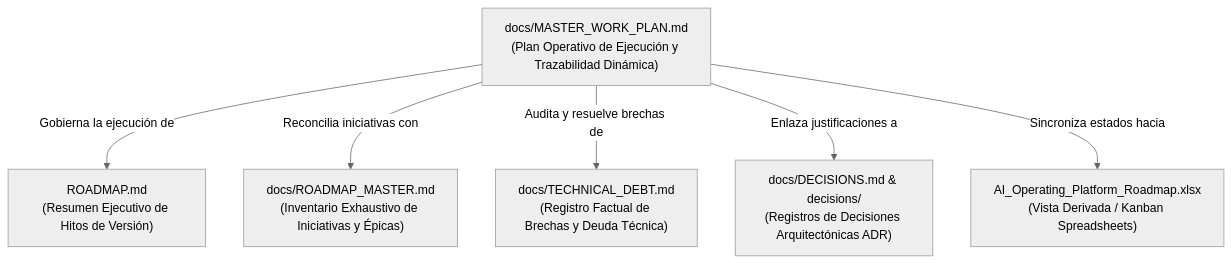
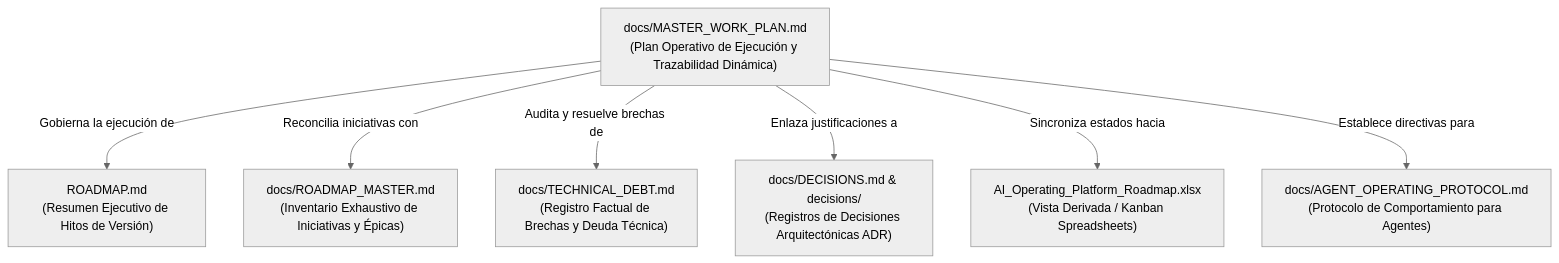
One commit to johangonzahenri/ai-operating-platform changed the first of 4 diagrams in docs/MASTER_WORK_PLAN.md. Above: the diagram before and after it, drawn with Mermaid (neutral theme). The commit also changed other lines of this file and 25 other files, not shown here.

````diff
--- a/docs/MASTER_WORK_PLAN.md
+++ b/docs/MASTER_WORK_PLAN.md
@@ -29,15 +29,17 @@
 ```mermaid
 flowchart TD
     MWP["docs/MASTER_WORK_PLAN.md\n(Plan Operativo de Ejecución y Trazabilidad Dinámica)"]
     RDM["ROADMAP.md\n(Resumen Ejecutivo de Hitos de Versión)"]
     RMM["docs/ROADMAP_MASTER.md\n(Inventario Exhaustivo de Iniciativas y Épicas)"]
     TDB["docs/TECHNICAL_DEBT.md\n(Registro Factual de Brechas y Deuda Técnica)"]
     DEC["docs/DECISIONS.md & decisions/\n(Registros de Decisiones Arquitectónicas ADR)"]
     XLS["AI_Operating_Platform_Roadmap.xlsx\n(Vista Derivada / Kanban Spreadsheets)"]
+    PROT["docs/AGENT_OPERATING_PROTOCOL.md\n(Protocolo de Comportamiento para Agentes)"]
 
     MWP -->|Gobierna la ejecución de| RDM
     MWP -->|Reconcilia iniciativas con| RMM
     MWP -->|Audita y resuelve brechas de| TDB
     MWP -->|Enlaza justificaciones a| DEC
     MWP -->|Sincroniza estados hacia| XLS
+    MWP -->|Establece directivas para| PROT
 ```
````
